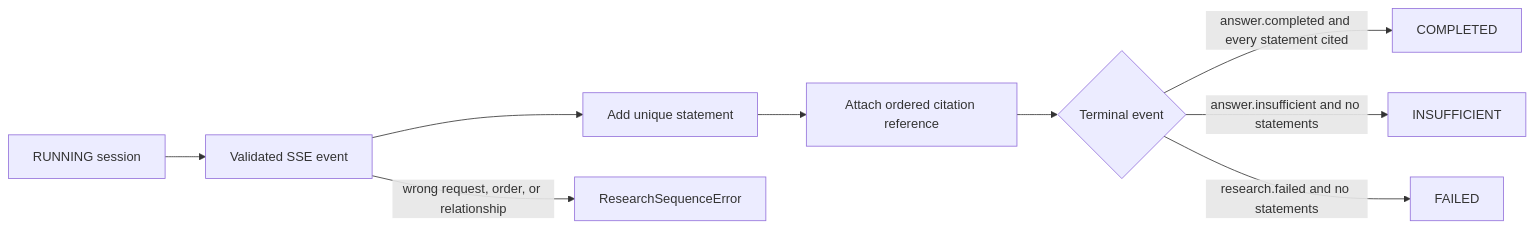
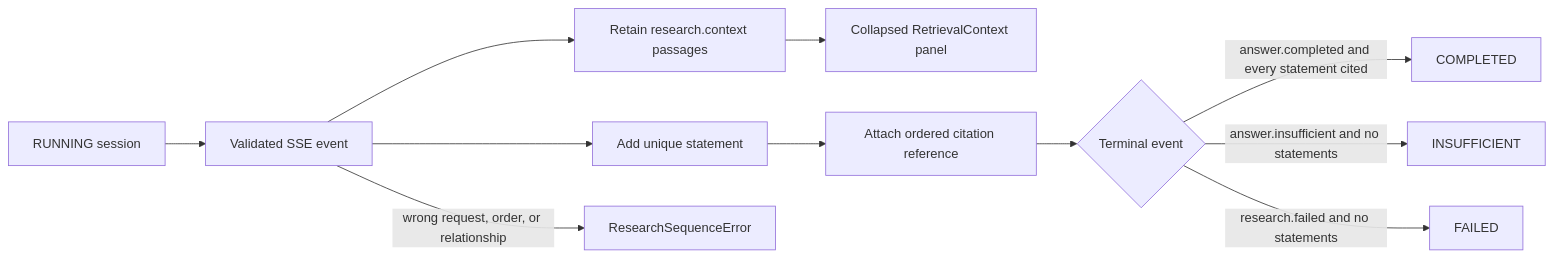
The second of 4 diagrams in frontend/src/features/archive/README.md (rnkraus/investment-research), drawn with Mermaid before and after one commit. The commit also changed other lines of this file and 10 other files, not shown here.

````diff
--- a/frontend/src/features/archive/README.md
+++ b/frontend/src/features/archive/README.md
@@ -66,11 +67,13 @@
 ```mermaid
 flowchart LR
     START[RUNNING session] --> EVENT[Validated SSE event]
+    EVENT --> CONTEXT[Retain research.context passages]
+    CONTEXT --> PANEL[Collapsed RetrievalContext panel]
     EVENT --> STATEMENT[Add unique statement]
     STATEMENT --> CITATION[Attach ordered citation reference]
     CITATION --> COMPLETE{Terminal event}
     COMPLETE -->|answer.completed and every statement cited| RESULT[COMPLETED]
     COMPLETE -->|answer.insufficient and no statements| EMPTY[INSUFFICIENT]
     COMPLETE -->|research.failed and no statements| FAILED[FAILED]
     EVENT -->|wrong request, order, or relationship| REJECT[ResearchSequenceError]
 ```
````
